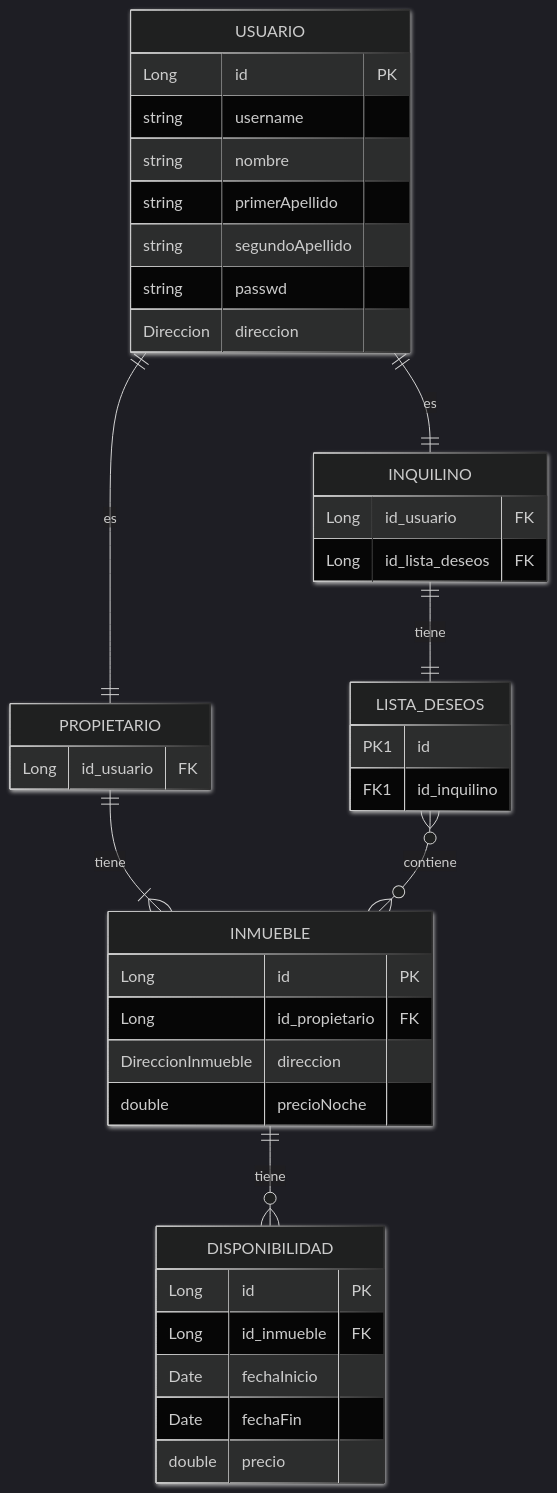
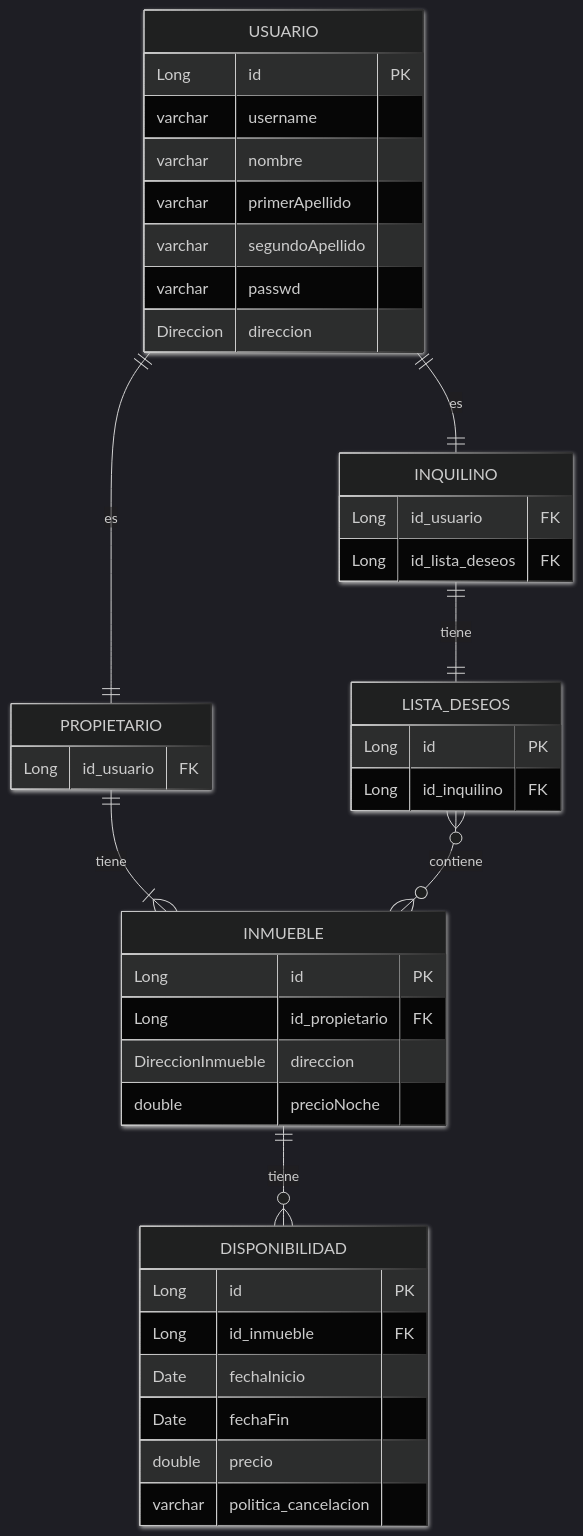
The diagram in doc/desings/db/db_diagram.mmd (elterror6/BCKROOM), drawn with Mermaid (dark theme) before and after one commit. The commit also changed 2 other files, not shown here.

```diff
--- a/doc/desings/db/db_diagram.mmd
+++ b/doc/desings/db/db_diagram.mmd
@@ -1,53 +1,53 @@
 ---
 config:
   layout: dagre
   look: neo
 ---
 erDiagram
 	direction TB
 	USUARIO {
 		Long id PK ""  
-		string username  ""  
-		string nombre  ""  
-		string primerApellido  ""  
-		string segundoApellido  ""  
-		string passwd  ""  
+		varchar username  ""  
+		varchar nombre  ""  
+		varchar primerApellido  ""  
+		varchar segundoApellido  ""  
+		varchar passwd  ""  
 		Direccion direccion  ""  
 	}
 
 	INQUILINO {
 		Long id_usuario FK ""  
 		Long id_lista_deseos FK ""  
 	}
 
 	PROPIETARIO {
 		Long id_usuario FK ""  
 	}
 
 	INMUEBLE {
 		Long id PK ""  
 		Long id_propietario FK ""  
 		DireccionInmueble direccion  ""  
 		double precioNoche  ""  
 	}
 
 	LISTA_DESEOS {
-		PK1 id  ""  
-		FK1 id_inquilino  ""  
+		Long id PK ""  
+		Long id_inquilino FK ""  
 	}
 
 	DISPONIBILIDAD {
 		Long id PK
 		Long id_inmueble FK
 		Date fechaInicio
 		Date fechaFin
 		double precio
-
+		varchar politica_cancelacion
 	}
 
 	USUARIO||--||INQUILINO:"es"
 	USUARIO||--||PROPIETARIO:"es"
 	PROPIETARIO||--|{INMUEBLE:"tiene"
 	INQUILINO||--||LISTA_DESEOS:"tiene"
 	LISTA_DESEOS}o--o{INMUEBLE:"contiene"
 	INMUEBLE ||--o{ DISPONIBILIDAD: "tiene"
```
